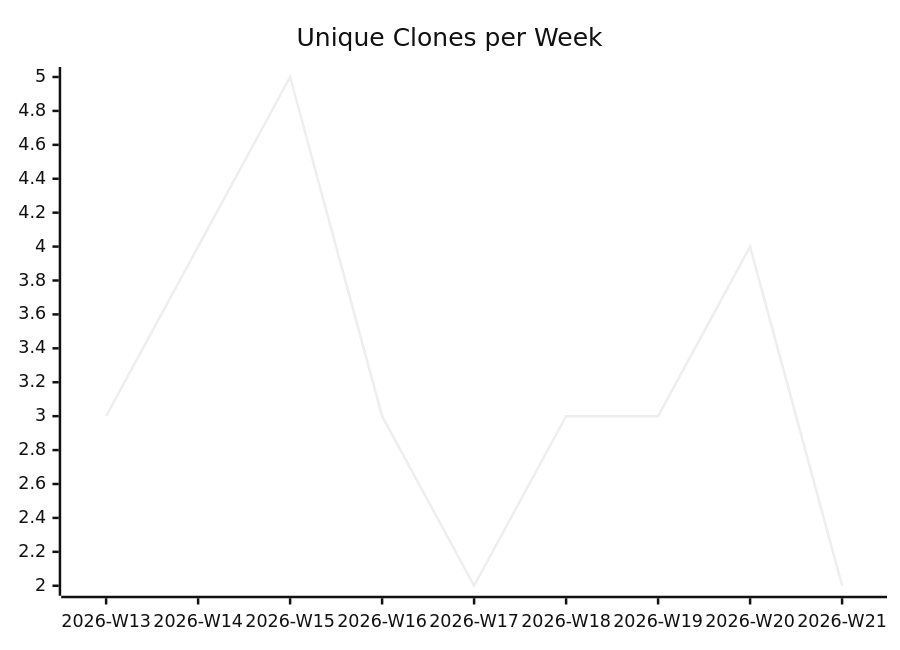
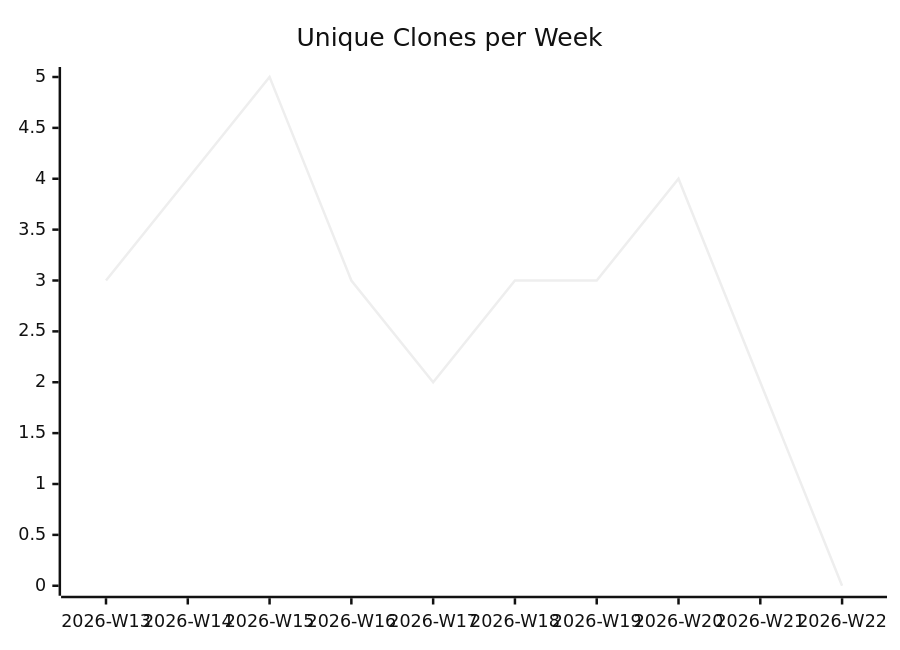
One commit to justdavis-family/github-analytics-data changed the third of 3 diagrams in karlmdavis/justdavis-karl/README.md. Above: the diagram before and after it, drawn with Mermaid (neutral theme). The commit also changed other lines of this file and 190 other files, not shown here.

````diff
--- a/karlmdavis/justdavis-karl/README.md
+++ b/karlmdavis/justdavis-karl/README.md
@@ -19,6 +19,6 @@
 ```mermaid
 xychart-beta
   title "Unique Clones per Week"
-  x-axis ["2026-W13", "2026-W14", "2026-W15", "2026-W16", "2026-W17", "2026-W18", "2026-W19", "2026-W20", "2026-W21"]
-  line [3, 4, 5, 3, 2, 3, 3, 4, 2]
+  x-axis ["2026-W13", "2026-W14", "2026-W15", "2026-W16", "2026-W17", "2026-W18", "2026-W19", "2026-W20", "2026-W21", "2026-W22"]
+  line [3, 4, 5, 3, 2, 3, 3, 4, 2, 0]
 ```
````
